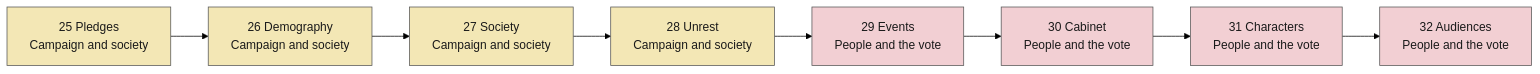
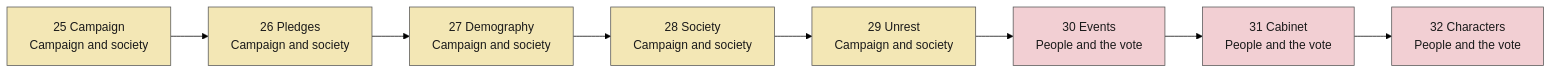
Before and after one commit to powerbassist/World-simulator: the fourth of 5 diagrams in docs/tick-order.md, drawn with Mermaid (forest theme). The commit also changed other lines of this file and 26 other files, not shown here.

````diff
--- a/docs/tick-order.md
+++ b/docs/tick-order.md
@@ -84,18 +84,18 @@
 ```mermaid
 flowchart LR
-  s25["25 Pledges<br/>Campaign and society"]:::g4
-  s26["26 Demography<br/>Campaign and society"]:::g4
-  s27["27 Society<br/>Campaign and society"]:::g4
-  s28["28 Unrest<br/>Campaign and society"]:::g4
-  s29["29 Events<br/>People and the vote"]:::g5
-  s30["30 Cabinet<br/>People and the vote"]:::g5
-  s31["31 Characters<br/>People and the vote"]:::g5
-  s32["32 Audiences<br/>People and the vote"]:::g5
+  s25["25 Campaign<br/>Campaign and society"]:::g4
+  s26["26 Pledges<br/>Campaign and society"]:::g4
+  s27["27 Demography<br/>Campaign and society"]:::g4
+  s28["28 Society<br/>Campaign and society"]:::g4
+  s29["29 Unrest<br/>Campaign and society"]:::g4
+  s30["30 Events<br/>People and the vote"]:::g5
+  s31["31 Cabinet<br/>People and the vote"]:::g5
+  s32["32 Characters<br/>People and the vote"]:::g5
   s25 --> s26 --> s27 --> s28 --> s29 --> s30 --> s31 --> s32
   classDef g0 fill:#cfe3f7,stroke:#555,color:#1a1a1a
   classDef g1 fill:#f6dcc2,stroke:#555,color:#1a1a1a
   classDef g2 fill:#dccff0,stroke:#555,color:#1a1a1a
   classDef g3 fill:#cdebd3,stroke:#555,color:#1a1a1a
   classDef g4 fill:#f3e7b5,stroke:#555,color:#1a1a1a
   classDef g5 fill:#f2cfd3,stroke:#555,color:#1a1a1a
 ```
````
